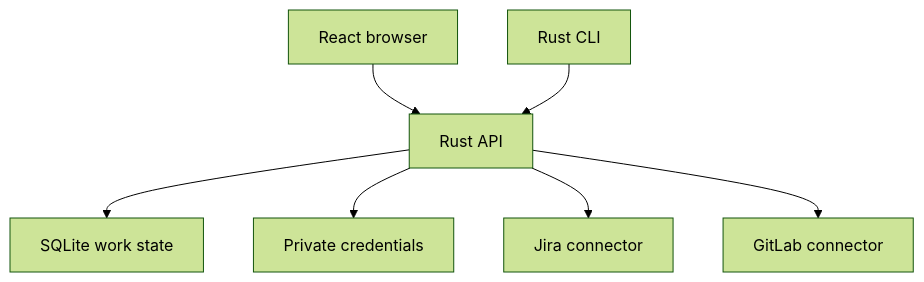
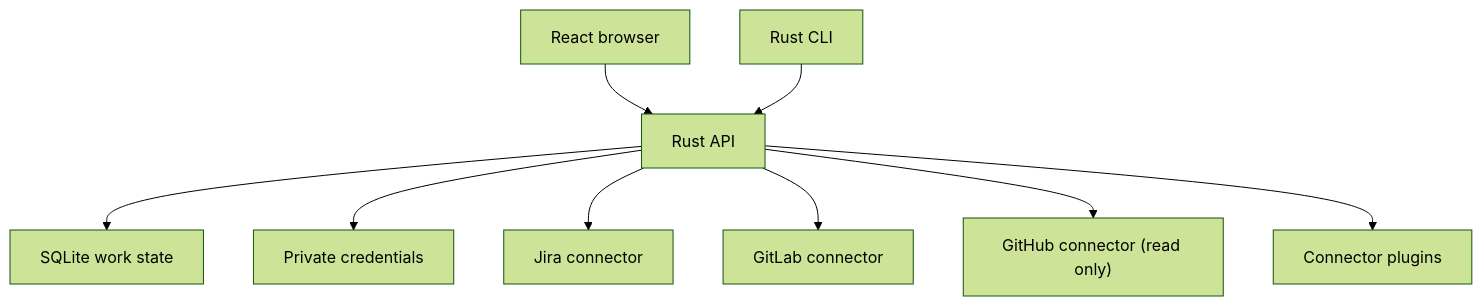
Before and after one commit to jmarrero-bot/work-tracker-poc: the diagram in docs/architecture.md, drawn with Mermaid (forest theme). The commit also changed other lines of this file and 2 other files, not shown here.

First line of the commit message:
README, docs: Document the GitHub connector, read-only and Mine

````diff
--- a/docs/architecture.md
+++ b/docs/architecture.md
@@ -3,9 +3,11 @@
 ```mermaid
 flowchart TD
   Web["React browser"] --> API["Rust API"]
   CLI["Rust CLI"] --> API
   API --> DB["SQLite work state"]
   API --> Secrets["Private credentials"]
   API --> Jira["Jira connector"]
   API --> GitLab["GitLab connector"]
+  API --> GitHub["GitHub connector (read only)"]
+  API --> Plugins["Connector plugins"]
 ```
````
